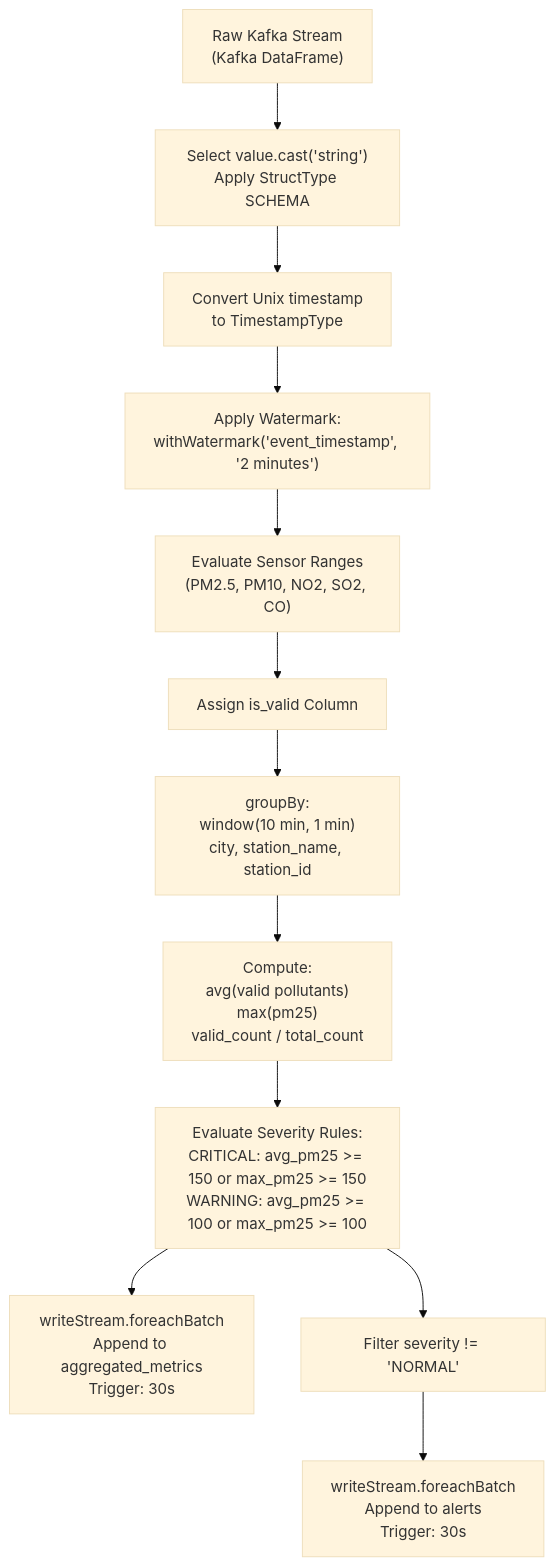
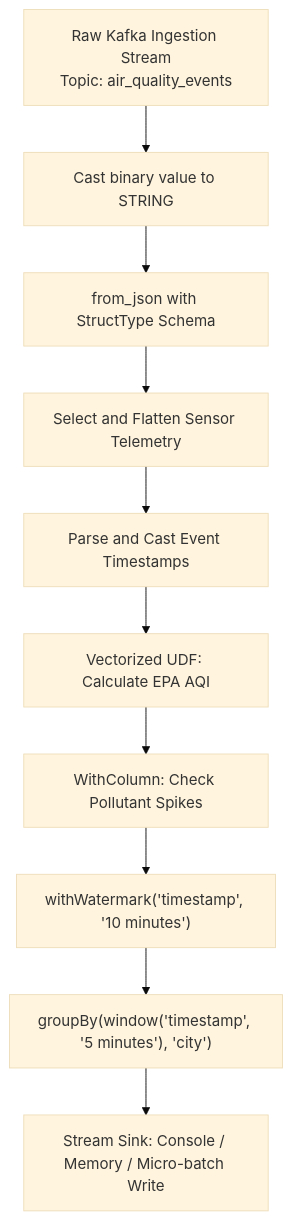
One commit to Antariksh62/Real-time-air-quality-monitoring-dashboard changed the fourth of 5 diagrams in README.md. Above: the diagram before and after it, drawn with Mermaid (base theme). The commit also changed other lines of this file, not shown here.

Commit message:
docs: fix badges, mermaid syntax, tree encoding, and streamline sections

````diff
--- a/README.md
+++ b/README.md
@@ -464,19 +287,12 @@
 ```mermaid
 flowchart TD
-    KAFKA_STREAM["Raw Kafka Stream<br/>(Kafka DataFrame)"] --> CAST_VALUE["Select value.cast('string')<br/>Apply StructType SCHEMA"]
-    CAST_VALUE --> CONVERT_TS["Convert Unix timestamp<br/>to TimestampType"]
-    CONVERT_TS --> WATERMARK["Apply Watermark:<br/>withWatermark('event_timestamp', '2 minutes')"]
-    
-    WATERMARK --> RANGE_CHECK["Evaluate Sensor Ranges<br/>(PM2.5, PM10, NO2, SO2, CO)"]
-    RANGE_CHECK --> DEFINE_VALID["Assign is_valid Column"]
-
-    DEFINE_VALID --> GROUP_WINDOW["groupBy:<br/>window(10 min, 1 min)<br/>city, station_name, station_id"]
-    
-    GROUP_WINDOW --> AGG_MATH["Compute:<br/>avg(valid pollutants)<br/>max(pm25)<br/>valid_count / total_count"]
-    
-    AGG_MATH --> EVAL_ALERT_LOGIC["Evaluate Severity Rules:<br/>CRITICAL: avg_pm25 >= 150 or max_pm25 >= 150<br/>WARNING: avg_pm25 >= 100 or max_pm25 >= 100"]
-
-    EVAL_ALERT_LOGIC --> SINK_AGGS["writeStream.foreachBatch<br/>Append to aggregated_metrics<br/>Trigger: 30s"]
-    EVAL_ALERT_LOGIC --> FILTER_NON_NORMAL["Filter severity != 'NORMAL'"]
-    FILTER_NON_NORMAL --> SINK_ALERTS["writeStream.foreachBatch<br/>Append to alerts<br/>Trigger: 30s"]
+    RAW["Raw Kafka Ingestion Stream<br/>Topic: air_quality_events"] --> CAST["Cast binary value to STRING"]
+    CAST --> PARSE["from_json with StructType Schema"]
+    PARSE --> FLATTEN["Select and Flatten Sensor Telemetry"]
+    FLATTEN --> TIMESTAMP["Parse and Cast Event Timestamps"]
+    TIMESTAMP --> AQI["Vectorized UDF: Calculate EPA AQI"]
+    AQI --> ANOMALY["WithColumn: Check Pollutant Spikes"]
+    ANOMALY --> WATERMARK["withWatermark('timestamp', '10 minutes')"]
+    WATERMARK --> WINDOW["groupBy(window('timestamp', '5 minutes'), 'city')"]
+    WINDOW --> SINK["Stream Sink: Console / Memory / Micro-batch Write"]
 ```
````
